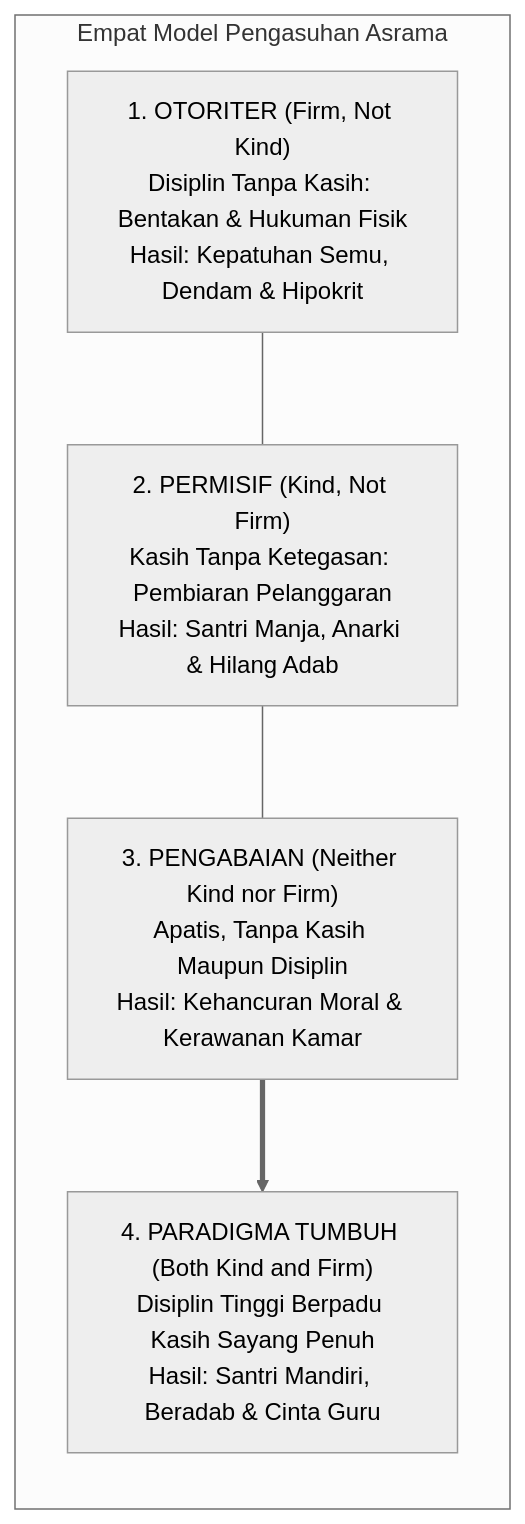
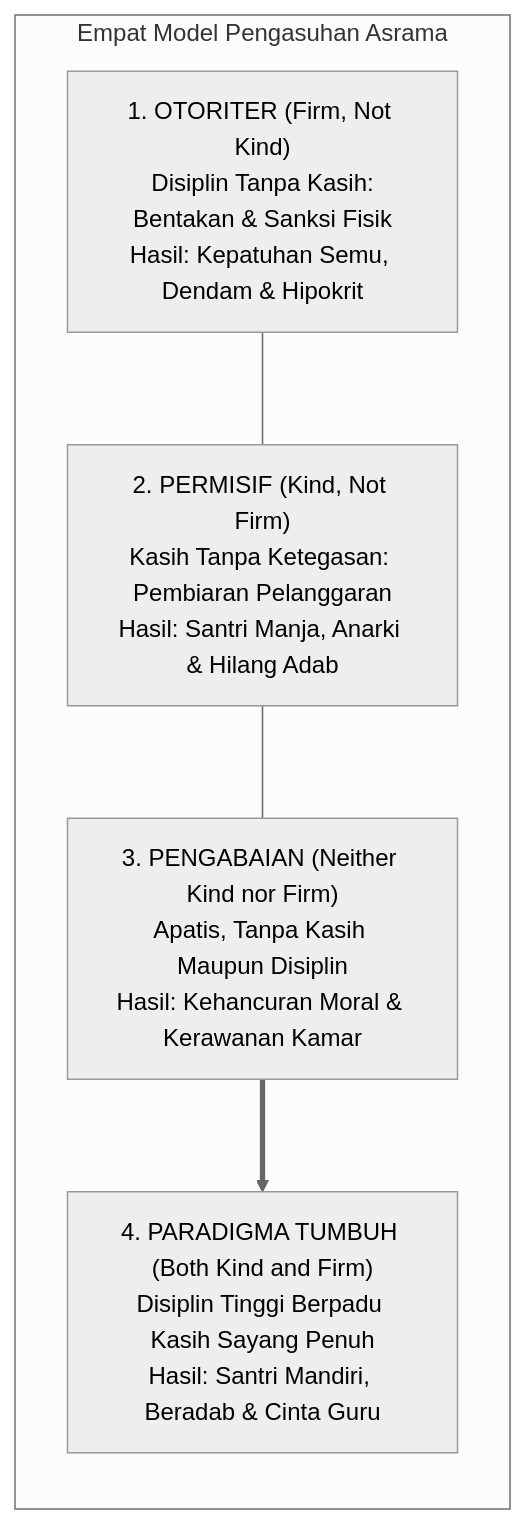
One commit to wandiapriliyandi/tumbuh changed the third of 5 diagrams in BOOK Series 1/01-The-Fundamental-of-TUMBUH/Bab-08-Sumpah-Integritas-Pendidikan-TUMBUH.md. Above: the diagram before and after it, drawn with Mermaid (neutral theme). The commit also changed other lines of this file and 37 other files, not shown here.

Commit message:
fix(book-01): optimasi pemenggalan teks dan overflow seluruh diagram serta render ulang 20 PDF

````diff
--- a/BOOK Series 1/01-The-Fundamental-of-TUMBUH/Bab-08-Sumpah-Integritas-Pendidikan-TUMBUH.md
+++ b/BOOK Series 1/01-The-Fundamental-of-TUMBUH/Bab-08-Sumpah-Integritas-Pendidikan-TUMBUH.md
@@ -111,13 +111,13 @@
 ```mermaid
 graph TD
     subgraph EMPAT_KUADRAN_PENGASUHAN["Empat Model Pengasuhan Asrama"]
         direction TB
-        A["1. OTORITER (Firm, Not Kind)<br/>Disiplin Tanpa Kasih: Bentakan & Hukuman Fisik<br/>Hasil: Kepatuhan Semu, Dendam & Hipokrit"]
+        A["1. OTORITER (Firm, Not Kind)<br/>Disiplin Tanpa Kasih:<br/>Bentakan & Sanksi Fisik<br/>Hasil: Kepatuhan Semu, Dendam & Hipokrit"]
         B["2. PERMISIF (Kind, Not Firm)<br/>Kasih Tanpa Ketegasan: Pembiaran Pelanggaran<br/>Hasil: Santri Manja, Anarki & Hilang Adab"]
         C["3. PENGABAIAN (Neither Kind nor Firm)<br/>Apatis, Tanpa Kasih Maupun Disiplin<br/>Hasil: Kehancuran Moral & Kerawanan Kamar"]
         D["4. PARADIGMA TUMBUH (Both Kind and Firm)<br/>Disiplin Tinggi Berpadu Kasih Sayang Penuh<br/>Hasil: Santri Mandiri, Beradab & Cinta Guru"]
         A --- B
         B --- C
         C ==> D
     end
 ```
````
